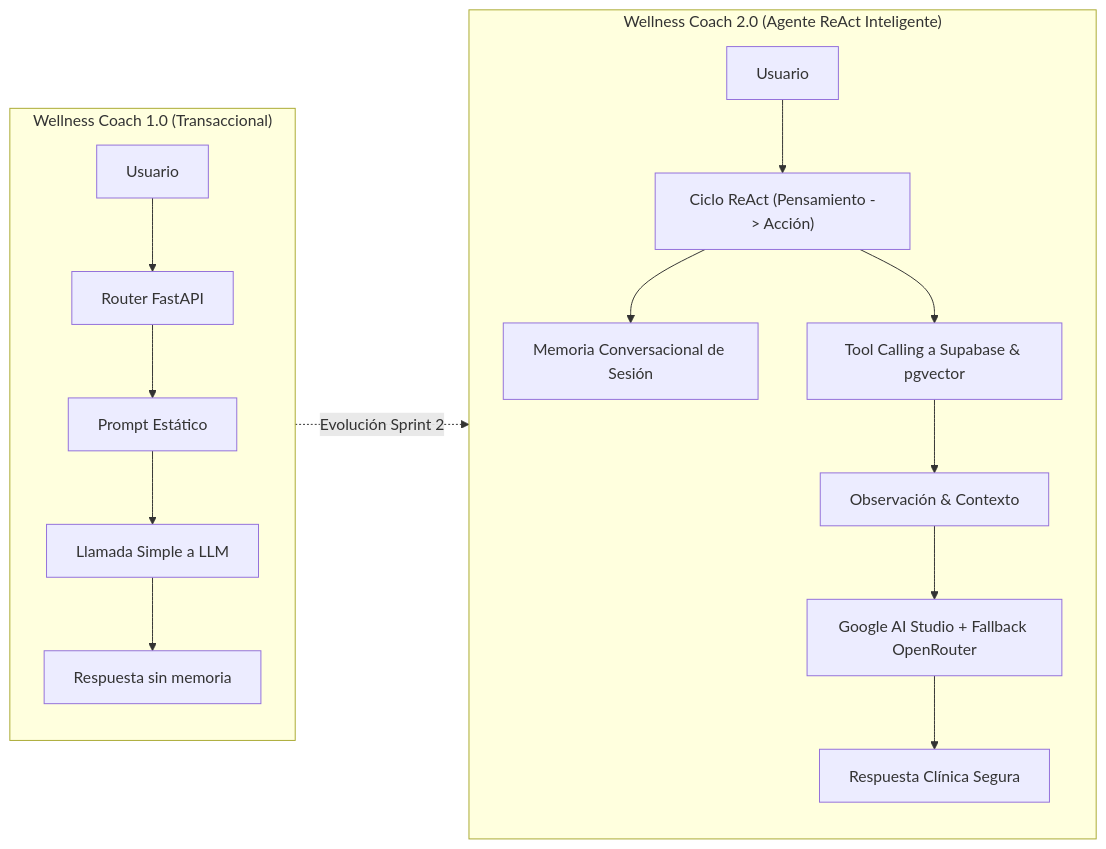
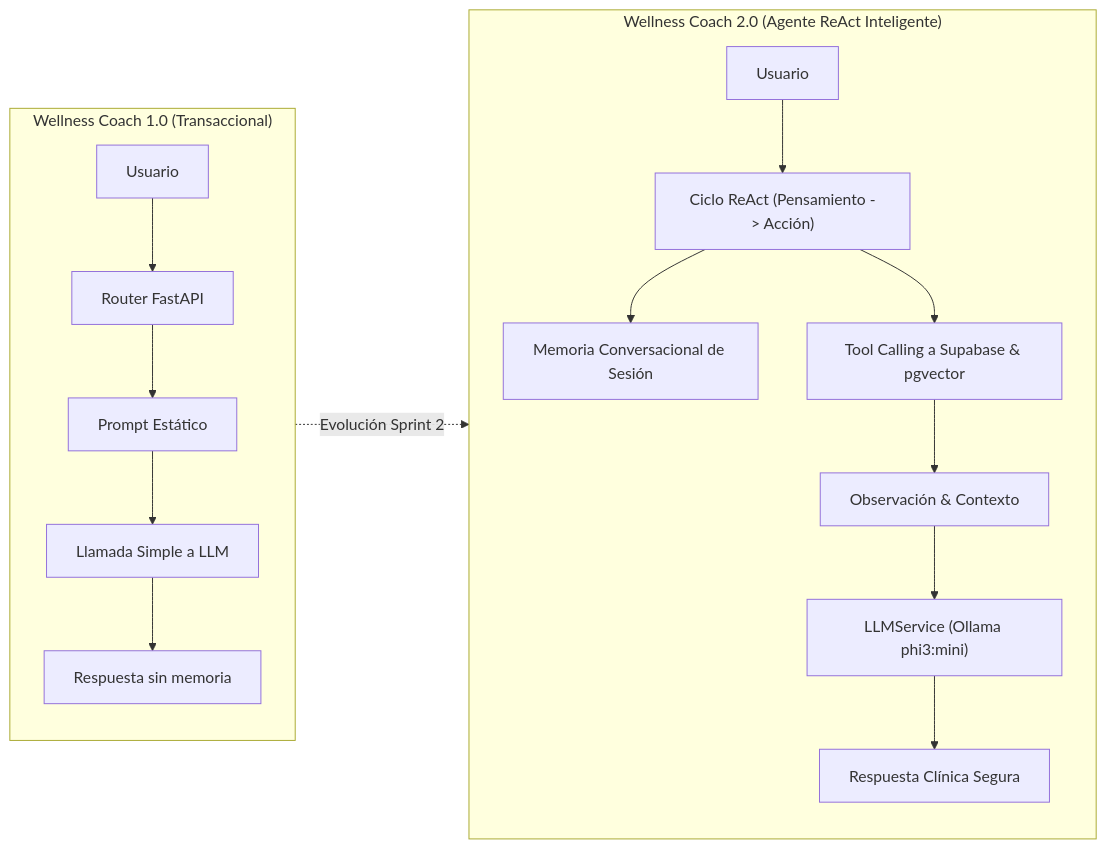
The diagram in issues/issues_sprint_2/S2-01_Refactorizacion_Wellness_Agent.md (danielsanchez040601-byte/SeniorVital---Backend-API), drawn with Mermaid before and after one commit. The commit also changed other lines of this file and 15 other files, not shown here.

````diff
--- a/issues/issues_sprint_2/S2-01_Refactorizacion_Wellness_Agent.md
+++ b/issues/issues_sprint_2/S2-01_Refactorizacion_Wellness_Agent.md
@@ -15,20 +15,20 @@
 ```mermaid
 graph LR
     subgraph V1["Wellness Coach 1.0 (Transaccional)"]
         User1["Usuario"] --> Router1["Router FastAPI"]
         Router1 --> Prompt1["Prompt Estático"]
         Prompt1 --> LLM1["Llamada Simple a LLM"]
         LLM1 --> Resp1["Respuesta sin memoria"]
     end
 
     subgraph V2["Wellness Coach 2.0 (Agente ReAct Inteligente)"]
         User2["Usuario"] --> ReAct["Ciclo ReAct (Pensamiento -> Acción)"]
         ReAct --> Memory["Memoria Conversacional de Sesión"]
         ReAct --> Tools["Tool Calling a Supabase & pgvector"]
         Tools --> Obs["Observación & Contexto"]
-        Obs --> Fallback["Google AI Studio + Fallback OpenRouter"]
+        Obs --> Fallback["LLMService (Ollama phi3:mini)"]
         Fallback --> Resp2["Respuesta Clínica Segura"]
     end
 
     V1 -.->|Evolución Sprint 2| V2
 ```
````
